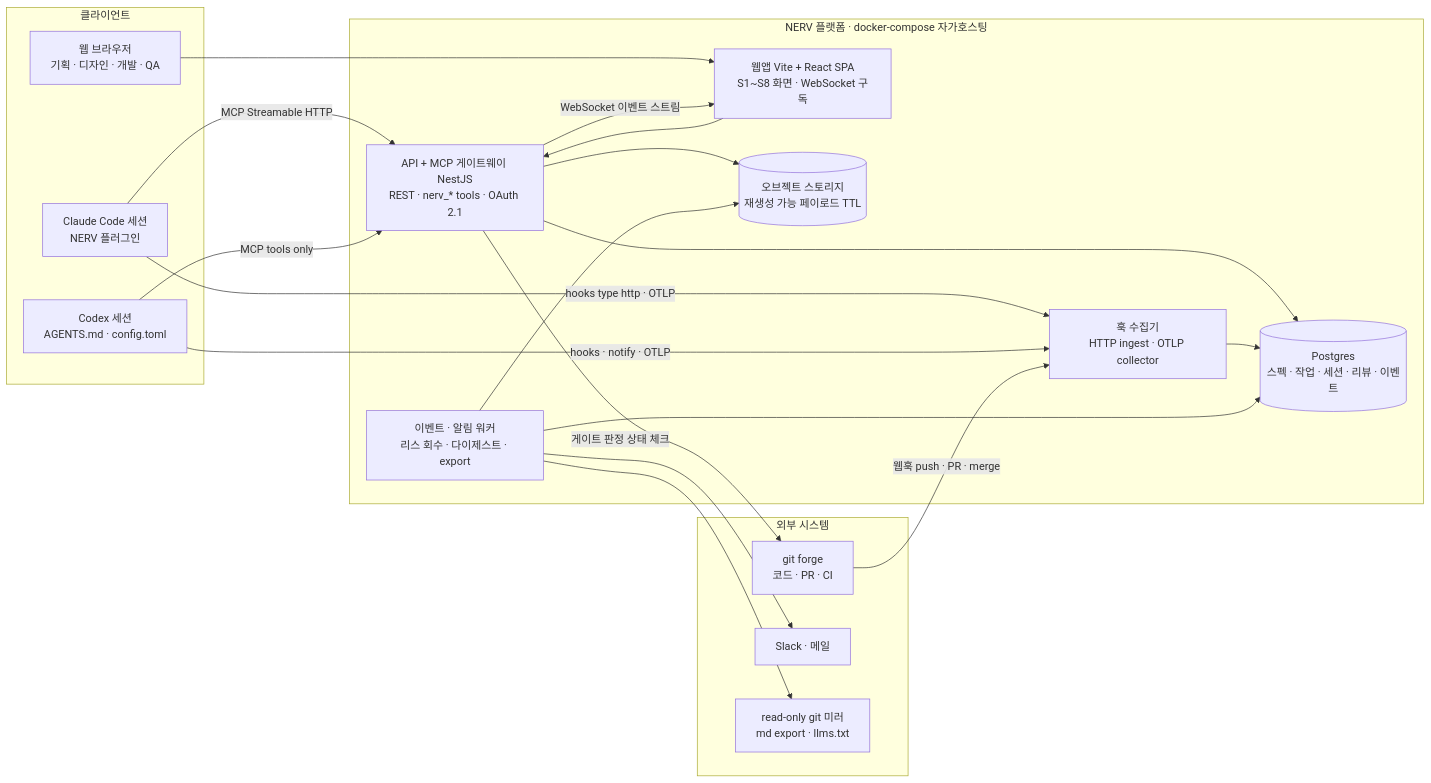
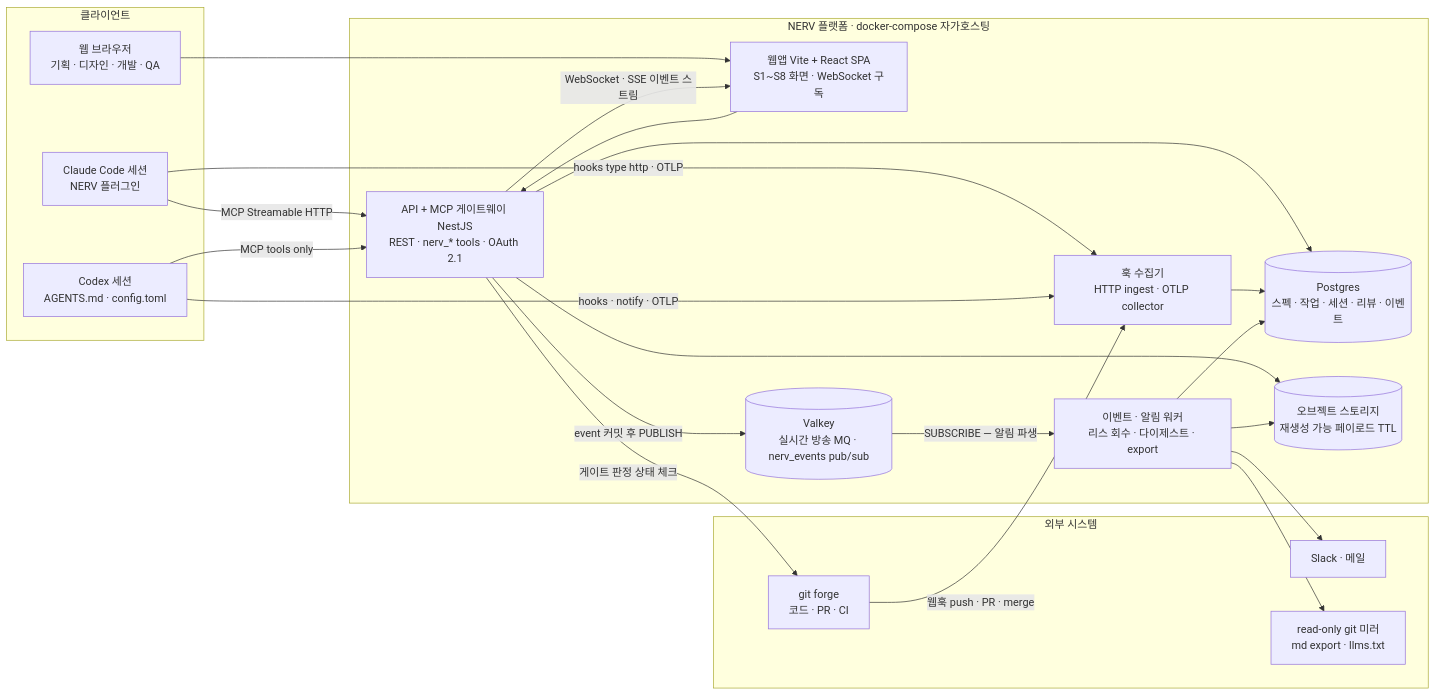
Before and after one commit to worker-ants/nerv: the first of 6 diagrams in docs/03-proposal/architecture.md, drawn with Mermaid. The commit also changed other lines of this file and 17 other files, not shown here.

First line of the commit message:
docs: 코드 위치 codebase/ 확정 + 실시간 채널 WebSocket+SSE·Valkey MQ

````diff
--- a/docs/03-proposal/architecture.md
+++ b/docs/03-proposal/architecture.md
@@ -24,40 +24,43 @@
 ```mermaid
 flowchart LR
   subgraph CL["클라이언트"]
     CC["Claude Code 세션<br/>NERV 플러그인"]
     CX["Codex 세션<br/>AGENTS.md · config.toml"]
     BR["웹 브라우저<br/>기획 · 디자인 · 개발 · QA"]
   end
 
   subgraph NV["NERV 플랫폼 · docker-compose 자가호스팅"]
     WEB["웹앱 Vite + React SPA<br/>S1~S8 화면 · WebSocket 구독"]
     API["API + MCP 게이트웨이 NestJS<br/>REST · nerv_* tools · OAuth 2.1"]
     ING["훅 수집기<br/>HTTP ingest · OTLP collector"]
     WRK["이벤트 · 알림 워커<br/>리스 회수 · 다이제스트 · export"]
     PG[("Postgres<br/>스펙 · 작업 · 세션 · 리뷰 · 이벤트")]
+    VK[("Valkey<br/>실시간 방송 MQ · nerv_events pub/sub")]
     OBJ[("오브젝트 스토리지<br/>재생성 가능 페이로드 TTL")]
   end
 
   subgraph EX["외부 시스템"]
     FORGE["git forge<br/>코드 · PR · CI"]
     CHAN["Slack · 메일"]
     MIR["read-only git 미러<br/>md export · llms.txt"]
   end
 
   BR --> WEB
   WEB --> API
   CC -->|"MCP Streamable HTTP"| API
   CX -->|"MCP tools only"| API
   CC -->|"hooks type http · OTLP"| ING
   CX -->|"hooks · notify · OTLP"| ING
   FORGE -->|"웹훅 push · PR · merge"| ING
   API --> PG
   ING --> PG
   WRK --> PG
+  API -->|"event 커밋 후 PUBLISH"| VK
+  VK -->|"SUBSCRIBE — 알림 파생"| WRK
   API --> OBJ
   WRK --> OBJ
-  API -->|"WebSocket 이벤트 스트림"| WEB
+  API -->|"WebSocket · SSE 이벤트 스트림"| WEB
   API -->|"게이트 판정 상태 체크"| FORGE
   WRK --> CHAN
   WRK --> MIR
 ```
````
